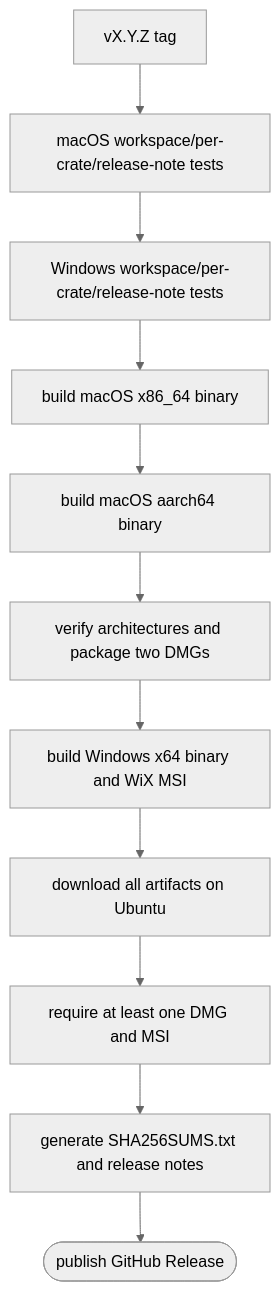
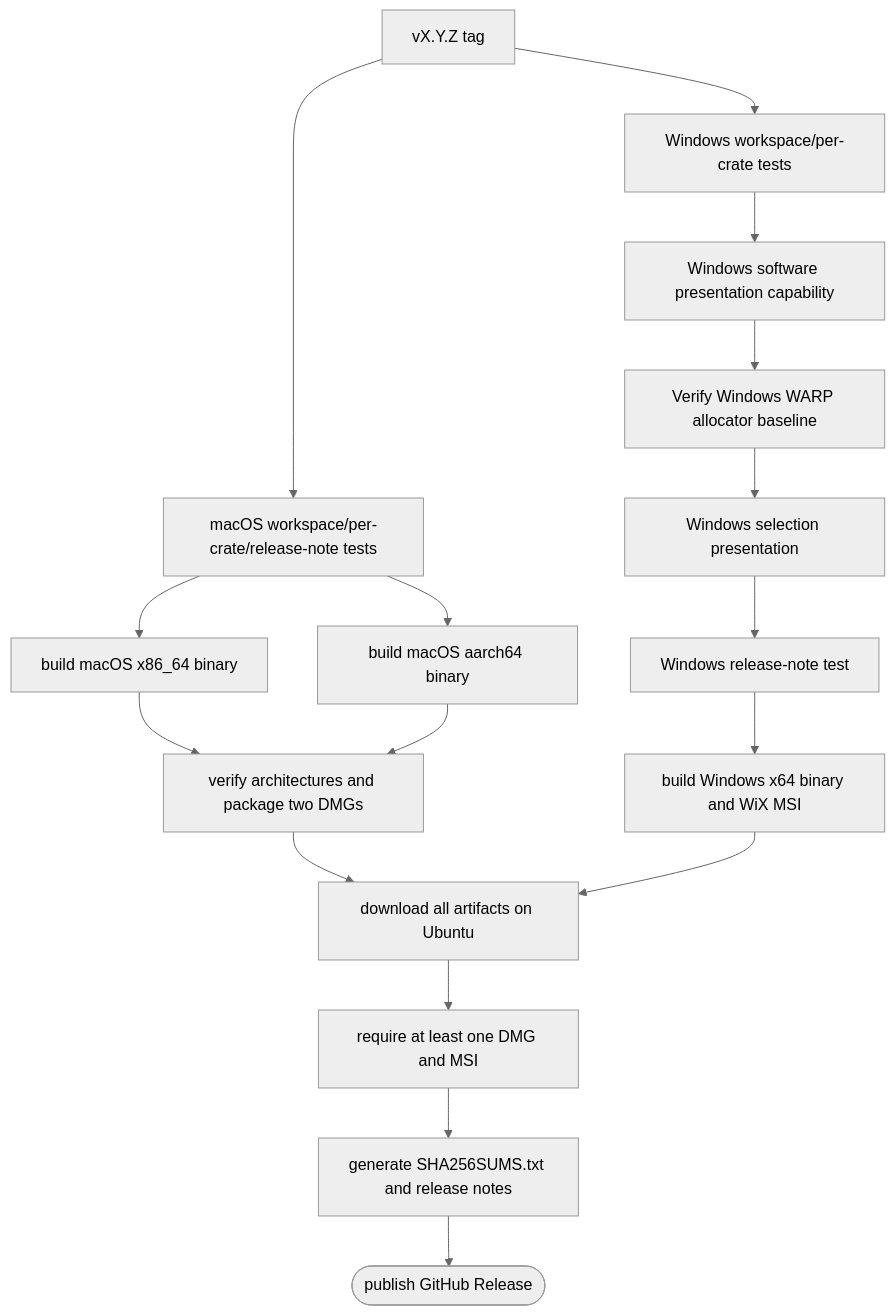
Before and after one commit to D0n9X1n/SonicTerm: the second of 4 diagrams in wiki/Development-and-Release.md, drawn with Mermaid (neutral theme). The commit also changed other lines of this file and 16 other files, not shown here.

````diff
--- a/wiki/Development-and-Release.md
+++ b/wiki/Development-and-Release.md
@@ -206,25 +231,35 @@
 ```mermaid
 flowchart TD
     tag["vX.Y.Z tag"]
     mactest["macOS workspace/per-crate/release-note tests"]
-    wintest["Windows workspace/per-crate/release-note tests"]
+    wintest["Windows workspace/per-crate tests"]
+    softpresent["Windows software presentation capability"]
+    warp["Verify Windows WARP allocator baseline"]
+    selection["Windows selection presentation"]
+    notes["Windows release-note test"]
     macx86["build macOS x86_64 binary"]
     macarm["build macOS aarch64 binary"]
     dmg["verify architectures and package two DMGs"]
     msi["build Windows x64 binary and WiX MSI"]
     download["download all artifacts on Ubuntu"]
     require["require at least one DMG and MSI"]
     sums["generate SHA256SUMS.txt and release notes"]
     publish(["publish GitHub Release"])
 
     tag --> mactest
-    mactest --> wintest
-    wintest --> macx86
-    macx86 --> macarm
+    tag --> wintest
+    wintest --> softpresent
+    softpresent --> warp
+    warp --> selection
+    selection --> notes
+    mactest --> macx86
+    mactest --> macarm
+    macx86 --> dmg
     macarm --> dmg
-    dmg --> msi
+    notes --> msi
+    dmg --> download
     msi --> download
     download --> require
     require --> sums
     sums --> publish
 ```
````
